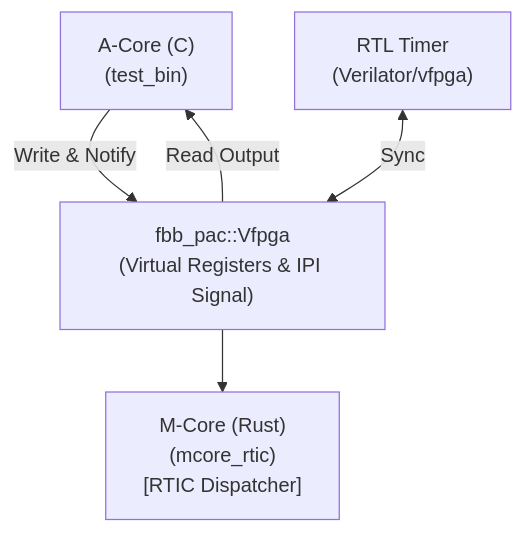
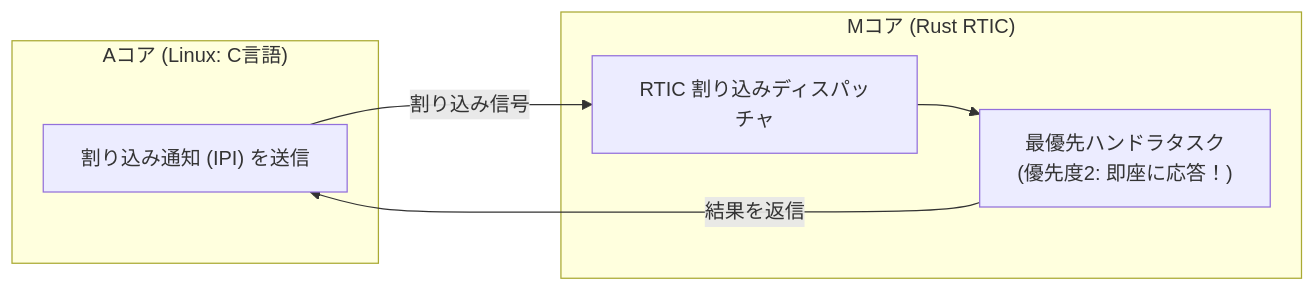
One commit to sirosiro/FPGA-BoardlessBench changed the diagram in tests/scenarios/18_amp_mcore_Rust_rtic/README.md. Above: the diagram before and after it, drawn with Mermaid. The commit also changed other lines of this file and 48 other files, not shown here.

````diff
--- a/tests/scenarios/18_amp_mcore_Rust_rtic/README.md
+++ b/tests/scenarios/18_amp_mcore_Rust_rtic/README.md
@@ -21,12 +18,15 @@
 ```mermaid
-graph TD
-    App["A-Core (C)\n(test_bin)"]
-    VFPGA["fbb_pac::Vfpga\n(Virtual Registers & IPI Signal)"]
-    Timer["RTL Timer\n(Verilator/vfpga)"]
-    MCore["M-Core (Rust)\n(mcore_rtic)\n[RTIC Dispatcher]"]
+flowchart LR
+    subgraph A_Core ["Aコア (Linux: C言語)"]
+        LinuxApp["割り込み通知 (IPI) を送信"]
+    end
 
-    App -->|"Write & Notify"| VFPGA
-    VFPGA -->|"Read Output"| App
-    Timer <-->|"Sync"| VFPGA
-    VFPGA --> MCore
+    subgraph M_Core ["Mコア (Rust RTIC)"]
+        Dispatcher["RTIC 割り込みディスパッチャ"]
+        Task["最優先ハンドラタスク\n(優先度2: 即座に応答！)"]
+    end
+
+    LinuxApp -->|"割り込み信号"| Dispatcher
+    Dispatcher --> Task
+    Task -->|"結果を返信"| LinuxApp
 ```
````
